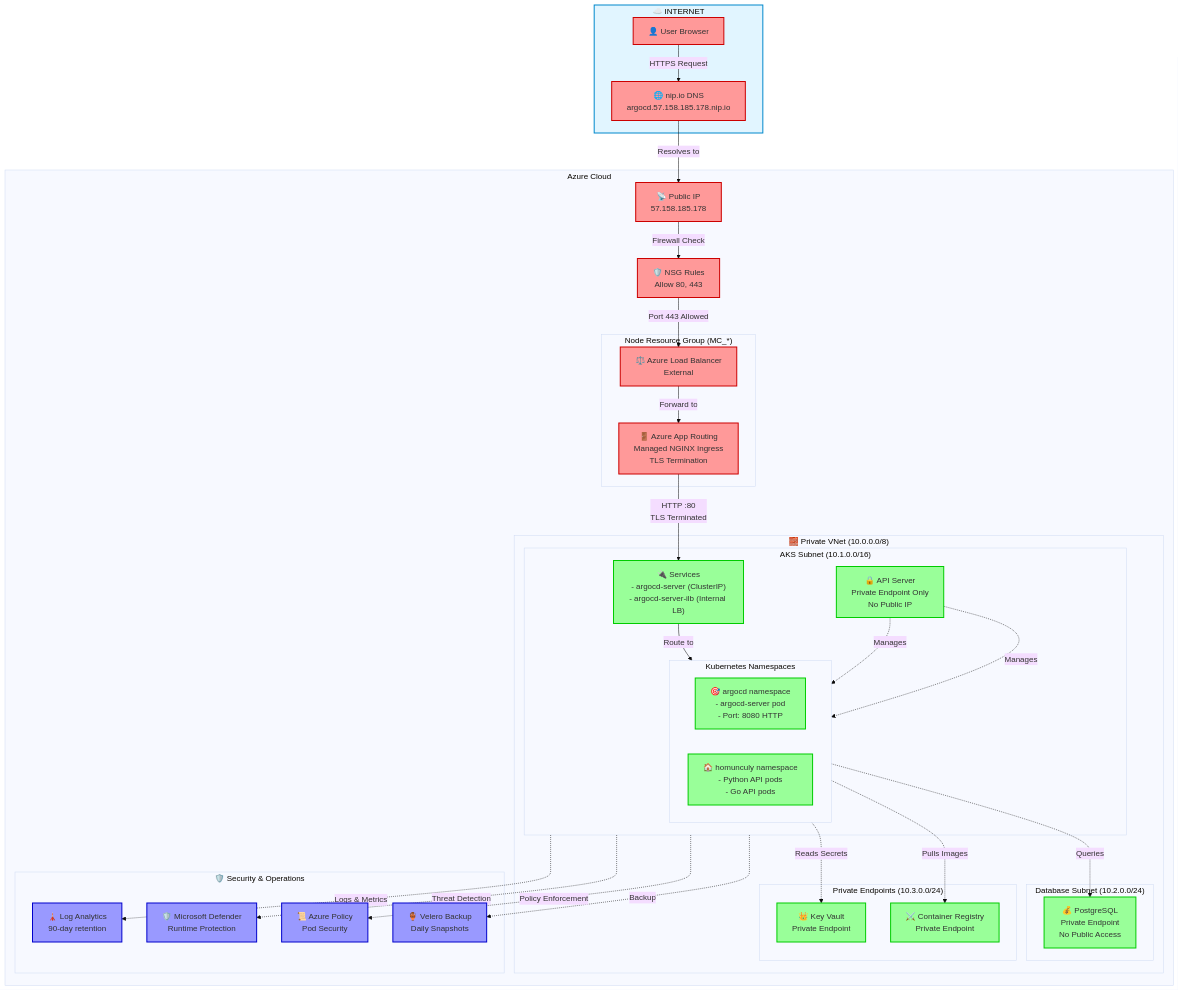
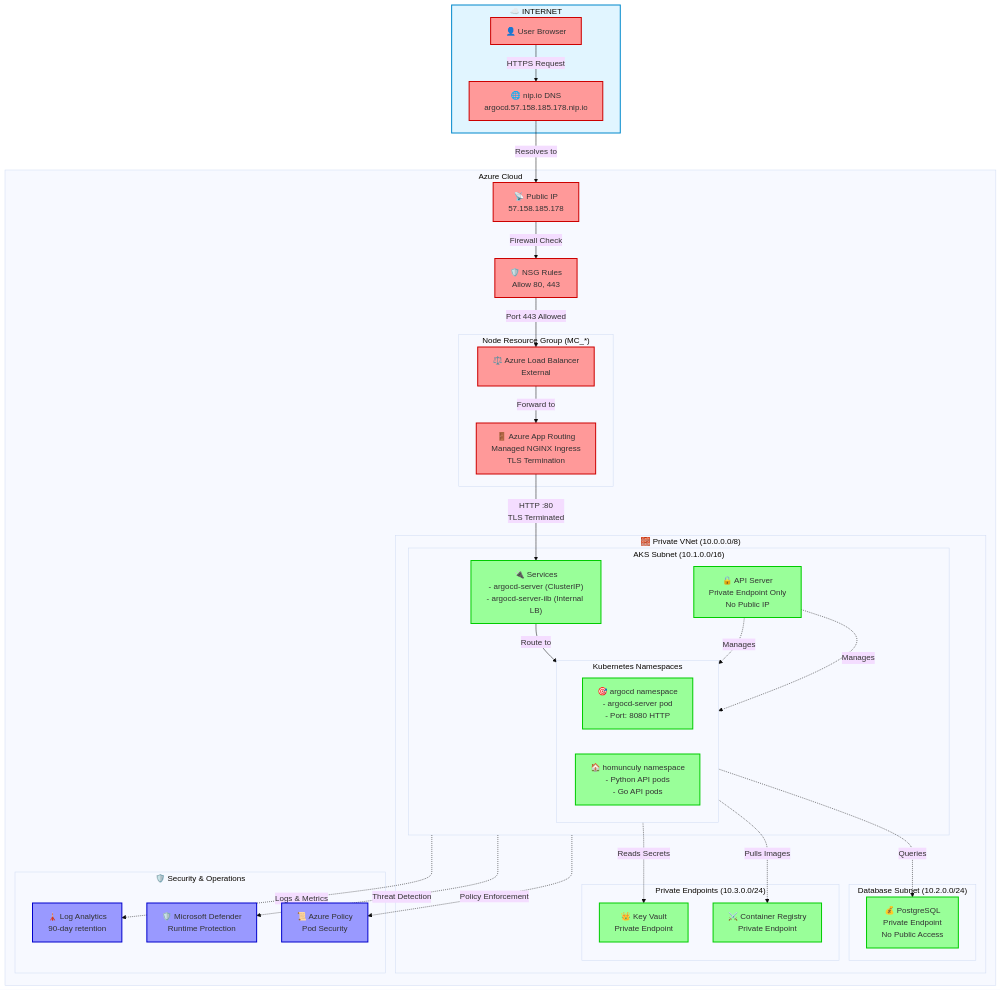
Before and after one commit to Jakkapat-Chongsuwat/homunculy: the first of 3 diagrams in infra/terraform/stacks/aks/README.md, drawn with Mermaid (base theme). The commit also changed other lines of this file and 98 other files, not shown here.

````diff
--- a/infra/terraform/stacks/aks/README.md
+++ b/infra/terraform/stacks/aks/README.md
@@ -15,77 +15,75 @@
 ```mermaid
 graph TB
     subgraph Internet["☁️ INTERNET"]
         User["👤 User Browser"]
         DNS["🌐 nip.io DNS<br/>argocd.57.158.185.178.nip.io"]
     end
     
     subgraph Azure["Azure Cloud"]
         PublicIP["📡 Public IP<br/>57.158.185.178"]
         NSG["🛡️ NSG Rules<br/>Allow 80, 443"]
         
         subgraph NodeRG["Node Resource Group (MC_*)"]
             Ingress["🚪 Azure App Routing<br/>Managed NGINX Ingress<br/>TLS Termination"]
             LB["⚖️ Azure Load Balancer<br/>External"]
         end
         
         subgraph VNet["🧱 Private VNet (10.0.0.0/8)"]
             subgraph AKSSubnet["AKS Subnet (10.1.0.0/16)"]
                 PrivateAPI["🔒 API Server<br/>Private Endpoint Only<br/>No Public IP"]
                 
                 subgraph Namespaces["Kubernetes Namespaces"]
                     direction LR
                     ArgoCD["🎯 argocd namespace<br/>- argocd-server pod<br/>- Port: 8080 HTTP"]
                     Homunculy["🏠 homunculy namespace<br/>- Python API pods<br/>- Go API pods"]
                 end
                 
                 Services["🔌 Services<br/>- argocd-server (ClusterIP)<br/>- argocd-server-ilb (Internal LB)"]
             end
             
             subgraph DBSubnet["Database Subnet (10.2.0.0/24)"]
                 PostgreSQL["💰 PostgreSQL<br/>Private Endpoint<br/>No Public Access"]
             end
             
             subgraph PESubnet["Private Endpoints (10.3.0.0/24)"]
                 KeyVault["👑 Key Vault<br/>Private Endpoint"]
                 ACR["⚔️ Container Registry<br/>Private Endpoint"]
             end
         end
         
         subgraph Security["🛡️ Security & Operations"]
             LogAnalytics["🗼 Log Analytics<br/>90-day retention"]
             Defender["🛡️ Microsoft Defender<br/>Runtime Protection"]
             Policy["📜 Azure Policy<br/>Pod Security"]
-            Velero["🏺 Velero Backup<br/>Daily Snapshots"]
         end
     end
     
     User -->|HTTPS Request| DNS
     DNS -->|Resolves to| PublicIP
     PublicIP -->|Firewall Check| NSG
     NSG -->|Port 443 Allowed| LB
     LB -->|Forward to| Ingress
     Ingress -->|HTTP :80<br/>TLS Terminated| Services
     Services -->|Route to| ArgoCD
     
     ArgoCD -.->|Pulls Images| ACR
     ArgoCD -.->|Reads Secrets| KeyVault
     Homunculy -.->|Queries| PostgreSQL
     
     PrivateAPI -.->|Manages| ArgoCD
     PrivateAPI -.->|Manages| Homunculy
     
     AKSSubnet -.->|Logs & Metrics| LogAnalytics
     AKSSubnet -.->|Threat Detection| Defender
     AKSSubnet -.->|Policy Enforcement| Policy
-    AKSSubnet -.->|Backup| Velero
     
     classDef public fill:#ff9999,stroke:#cc0000,stroke-width:2px
     classDef private fill:#99ff99,stroke:#00cc00,stroke-width:2px
     classDef security fill:#9999ff,stroke:#0000cc,stroke-width:2px
     classDef internet fill:#e1f5ff,stroke:#0088cc,stroke-width:2px
     
     class User,DNS,PublicIP,NSG,LB,Ingress public
     class PrivateAPI,PostgreSQL,KeyVault,ACR,Services,ArgoCD,Homunculy private
-    class LogAnalytics,Defender,Policy,Velero security
+    class LogAnalytics,Defender,Policy security
     class Internet internet
 ```
````
